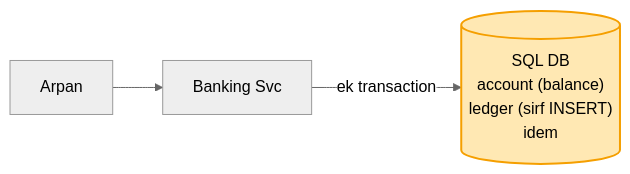
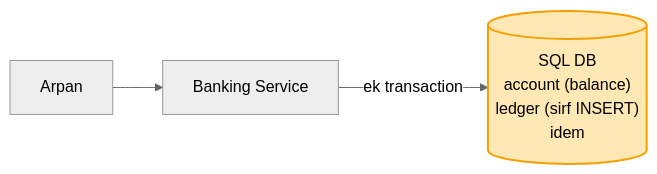
The fifth of 10 diagrams in 04_HLD/SYSTEM_DESIGNS/13_banking_system/13_banking_system.md (ArpanMaheshwari144/Prep), drawn with Mermaid (neutral theme) before and after one commit. The commit also changed other lines of this file and 8 other files, not shown here.

````diff
--- a/04_HLD/SYSTEM_DESIGNS/13_banking_system/13_banking_system.md
+++ b/04_HLD/SYSTEM_DESIGNS/13_banking_system/13_banking_system.md
@@ -205,6 +205,6 @@
 ```mermaid
 flowchart LR
-    U["Arpan"] --> S["Banking Svc"]
+    U["Arpan"] --> S["Banking Service"]
     S -- "ek transaction" --> D[("SQL DB<br/>account (balance)<br/>ledger (sirf INSERT)<br/>idem")]
     style D fill:#ffe8b3,stroke:#f59f00,stroke-width:2px,color:#000
 ```
````
